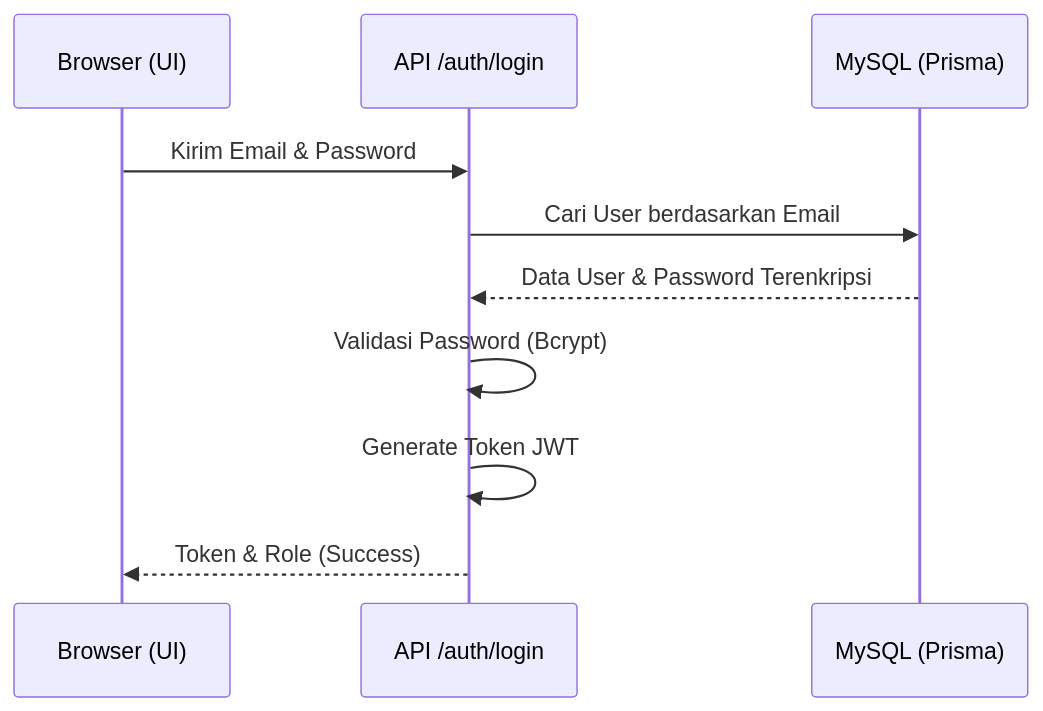
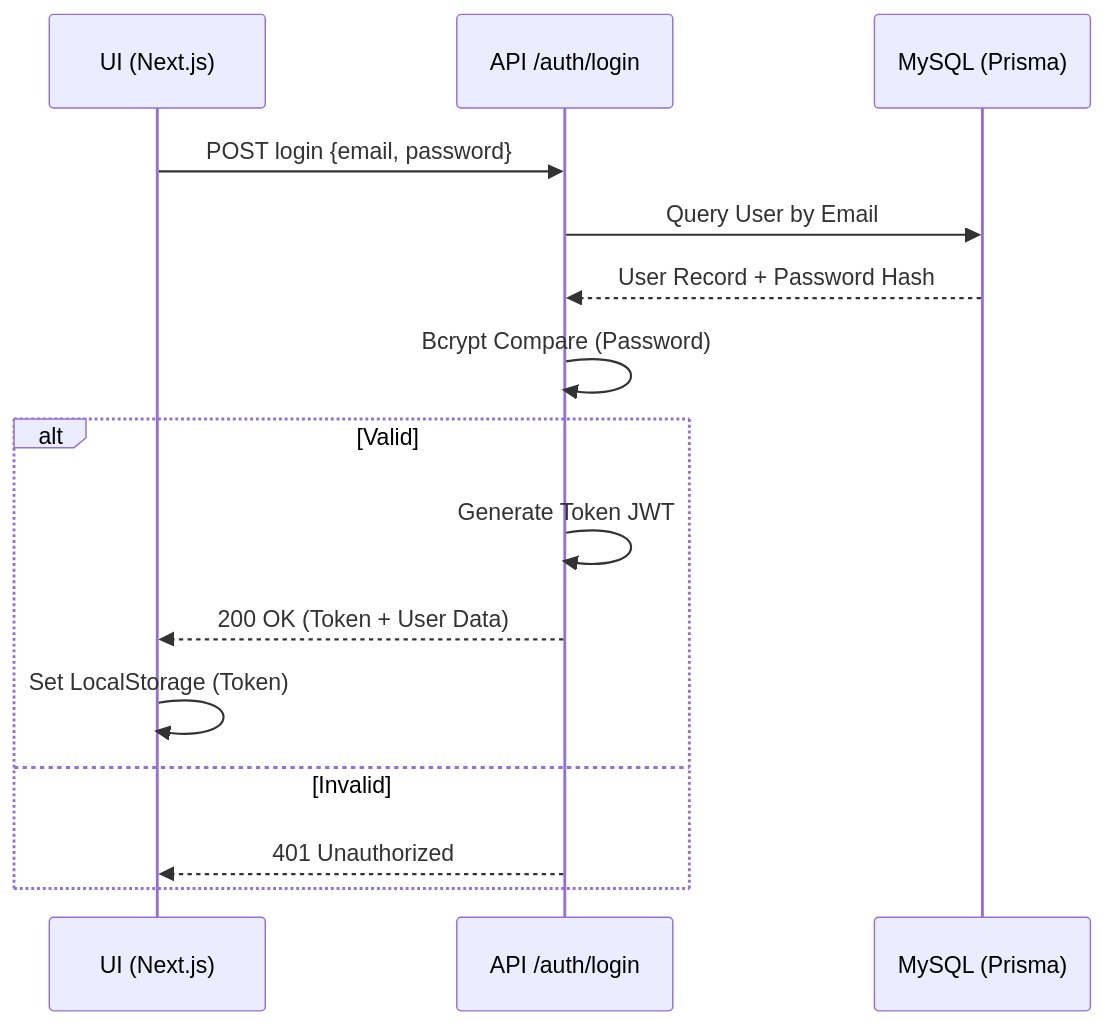
One commit to Nabilla19/pln_transport changed the third of 3 diagrams in DOCUMENTATION.md. Above: the diagram before and after it, drawn with Mermaid. The commit also changed other lines of this file and 41 other files, not shown here.

````diff
--- a/DOCUMENTATION.md
+++ b/DOCUMENTATION.md
@@ -69,13 +123,18 @@
 ```mermaid
 sequenceDiagram
-    participant Client as Browser (UI)
+    participant Browser as UI (Next.js)
     participant API as API /auth/login
     participant DB as MySQL (Prisma)
 
-    Client->>API: Kirim Email & Password
-    API->>DB: Cari User berdasarkan Email
-    DB-->>API: Data User & Password Terenkripsi
-    API->>API: Validasi Password (Bcrypt)
-    API->>API: Generate Token JWT
-    API-->>Client: Token & Role (Success)
+    Browser->>API: POST login {email, password}
+    API->>DB: Query User by Email
+    DB-->>API: User Record + Password Hash
+    API->>API: Bcrypt Compare (Password)
+    alt Valid
+        API->>API: Generate Token JWT
+        API-->>Browser: 200 OK (Token + User Data)
+        Browser->>Browser: Set LocalStorage (Token)
+    else Invalid
+        API-->>Browser: 401 Unauthorized
+    end
 ```
````
